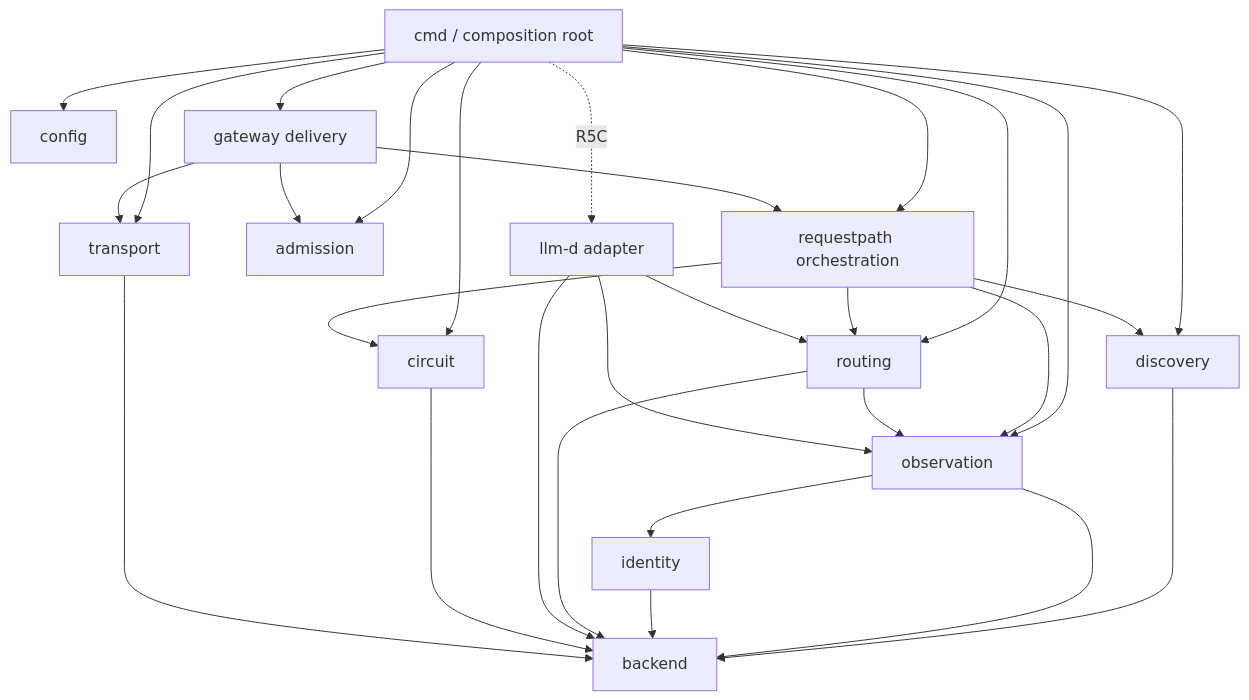
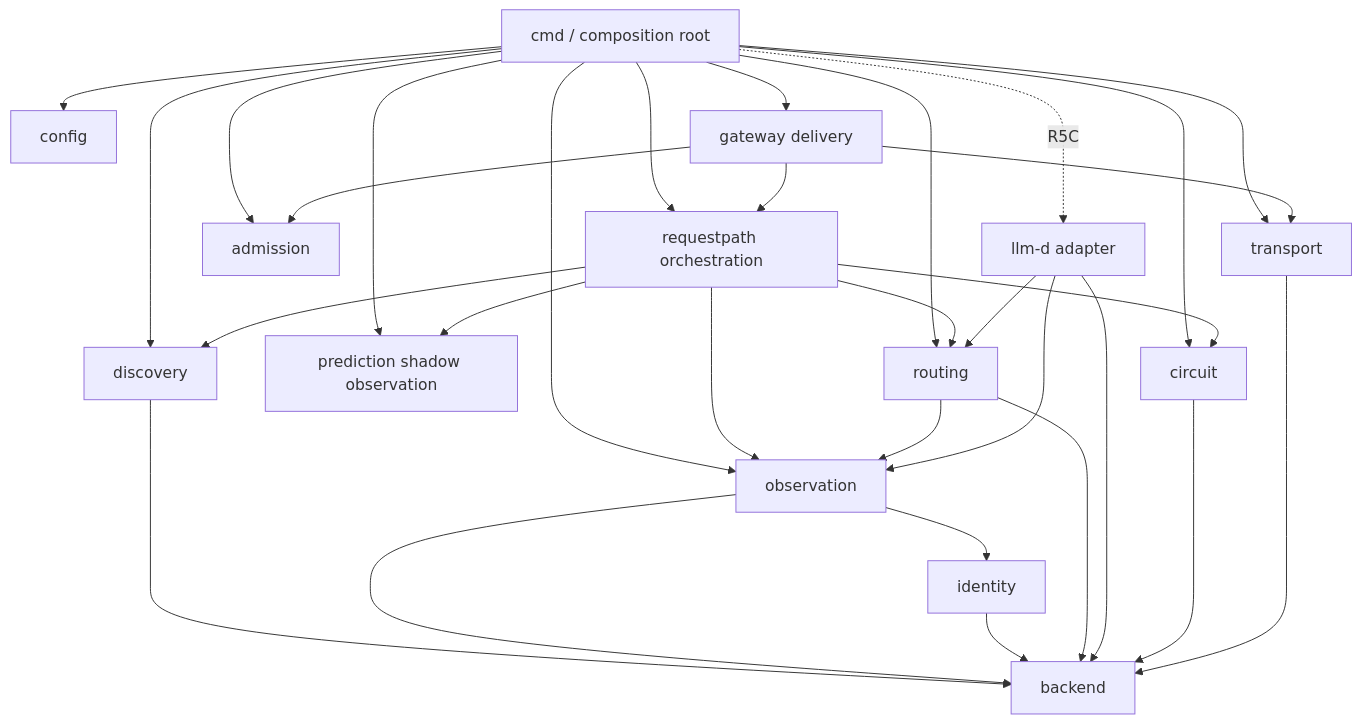
Before and after one commit to frozenf1sh/fishmesh: the diagram in docs/design/serving-domain-redesign.md, drawn with Mermaid. The commit also changed other lines of this file and 178 other files, not shown here.

````diff
--- a/docs/design/serving-domain-redesign.md
+++ b/docs/design/serving-domain-redesign.md
@@ -154,32 +153,34 @@
 ```mermaid
 flowchart TD
     CMD["cmd / composition root"] --> CFG["config"]
     CMD --> GW["gateway delivery"]
     CMD --> RP["requestpath orchestration"]
     CMD --> DISC["discovery"]
     CMD --> OBS["observation"]
+    CMD --> PRED["prediction shadow observation"]
     CMD --> ROUTE["routing"]
     CMD --> CIR["circuit"]
     CMD --> ADM["admission"]
     CMD --> TRANS["transport"]
     CMD -. R5C .-> LLMD["llm-d adapter"]
 
     GW --> RP
     GW --> ADM
     GW --> TRANS
     RP --> DISC
     RP --> OBS
     RP --> ROUTE
     RP --> CIR
+    RP --> PRED
     DISC --> BACK["backend"]
     OBS --> BACK
     OBS --> ID["identity"]
     ID --> BACK
     ROUTE --> BACK
     ROUTE --> OBS
     LLMD --> ROUTE
     LLMD --> BACK
     LLMD --> OBS
     CIR --> BACK
     TRANS --> BACK
 ```
````
